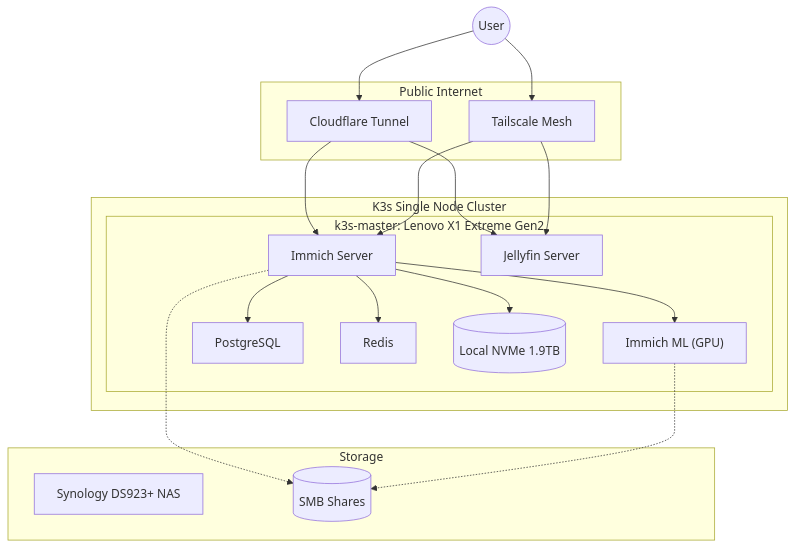
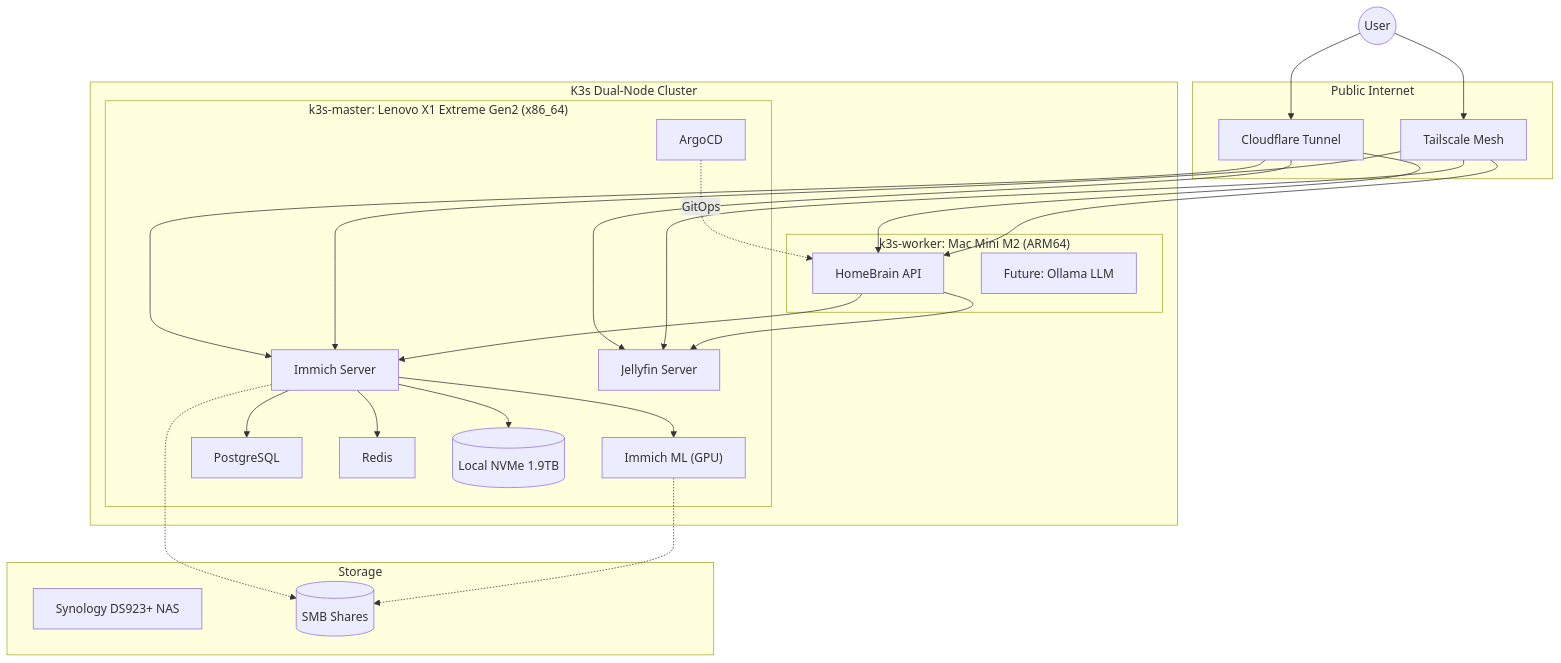
The first of 3 diagrams in README.md (kanokgan/home-brain), drawn with Mermaid before and after one commit. The commit also changed other lines of this file and 4 other files, not shown here.

First line of the commit message:
docs: Update architecture for dual-node k3s cluster with k3s-worker

````diff
--- a/README.md
+++ b/README.md
@@ -20,28 +21,35 @@
 ```mermaid
 flowchart TB
  subgraph subGraph0["Public Internet"]
         CF["Cloudflare Tunnel"]
         TS["Tailscale Mesh"]
   end
- subgraph subGraph1["K3s Single Node Cluster"]
-        subgraph subGraph2["k3s-master: Lenovo X1 Extreme Gen2"]
+ subgraph subGraph1["K3s Dual-Node Cluster"]
+        subgraph subGraph2["k3s-master: Lenovo X1 Extreme Gen2 (x86_64)"]
             Immich["Immich Server"]
             Jellyfin["Jellyfin Server"]
             ImmichML["Immich ML (GPU)"]
             Postgres["PostgreSQL"]
             Redis["Redis"]
+            ArgoCD["ArgoCD"]
             LocalNVMe[("Local NVMe 1.9TB")]
         end
+        subgraph subGraph3["k3s-worker: Mac Mini M2 (ARM64)"]
+            API["HomeBrain API"]
+            LLM["Future: Ollama LLM"]
+        end
   end
- subgraph subGraph3["Storage"]
+ subgraph subGraph4["Storage"]
         NAS["Synology DS923+ NAS"]
         SMB[("SMB Shares")]
   end
     User(("User")) --> CF & TS
-    CF --> Immich & Jellyfin
-    TS --> Immich & Jellyfin
+    CF --> Immich & Jellyfin & API
+    TS --> Immich & Jellyfin & API
+    API --> Immich & Jellyfin
     Immich --> ImmichML & Postgres & Redis
     Immich --> LocalNVMe
     Immich -.-> SMB
     ImmichML -.-> SMB
+    ArgoCD -. "GitOps" .-> API
 ```
````
